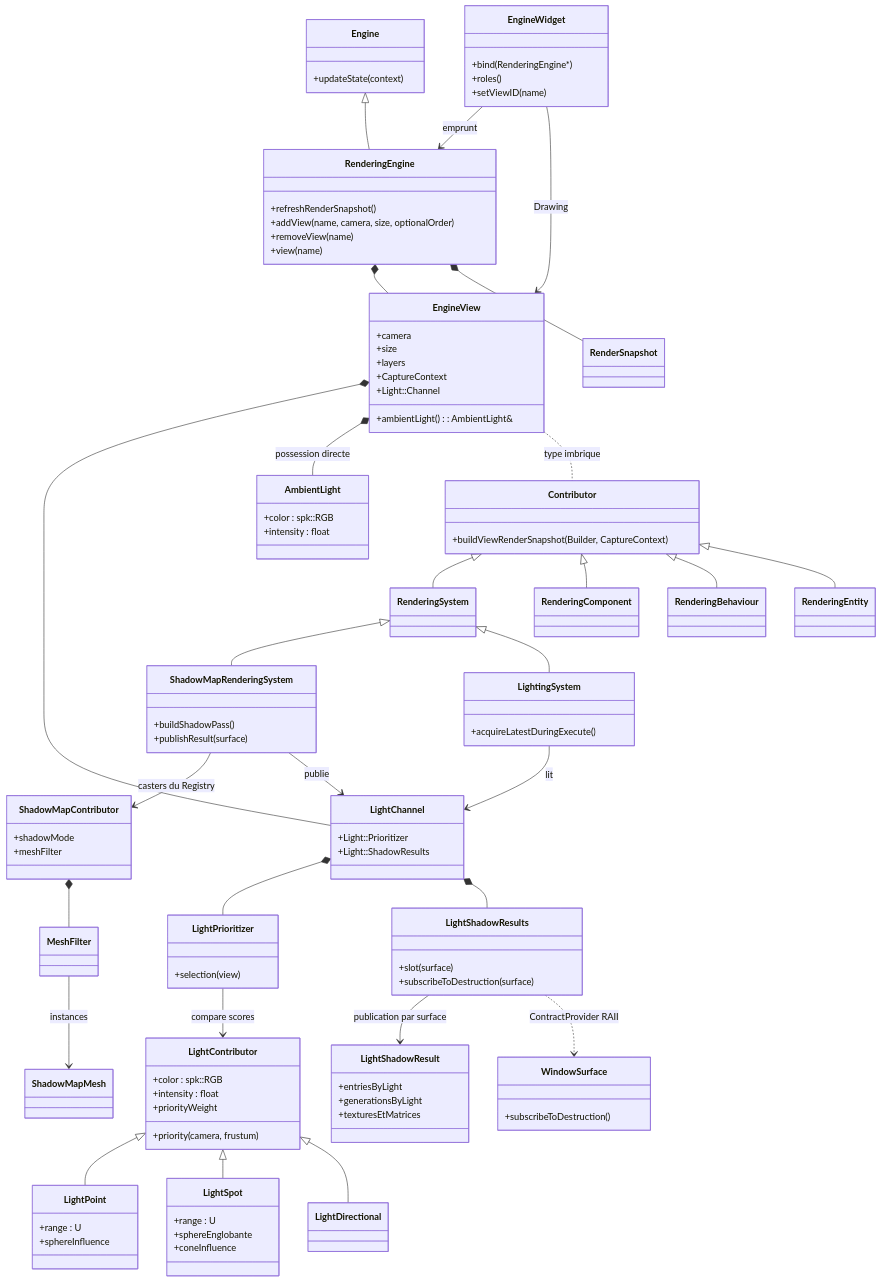
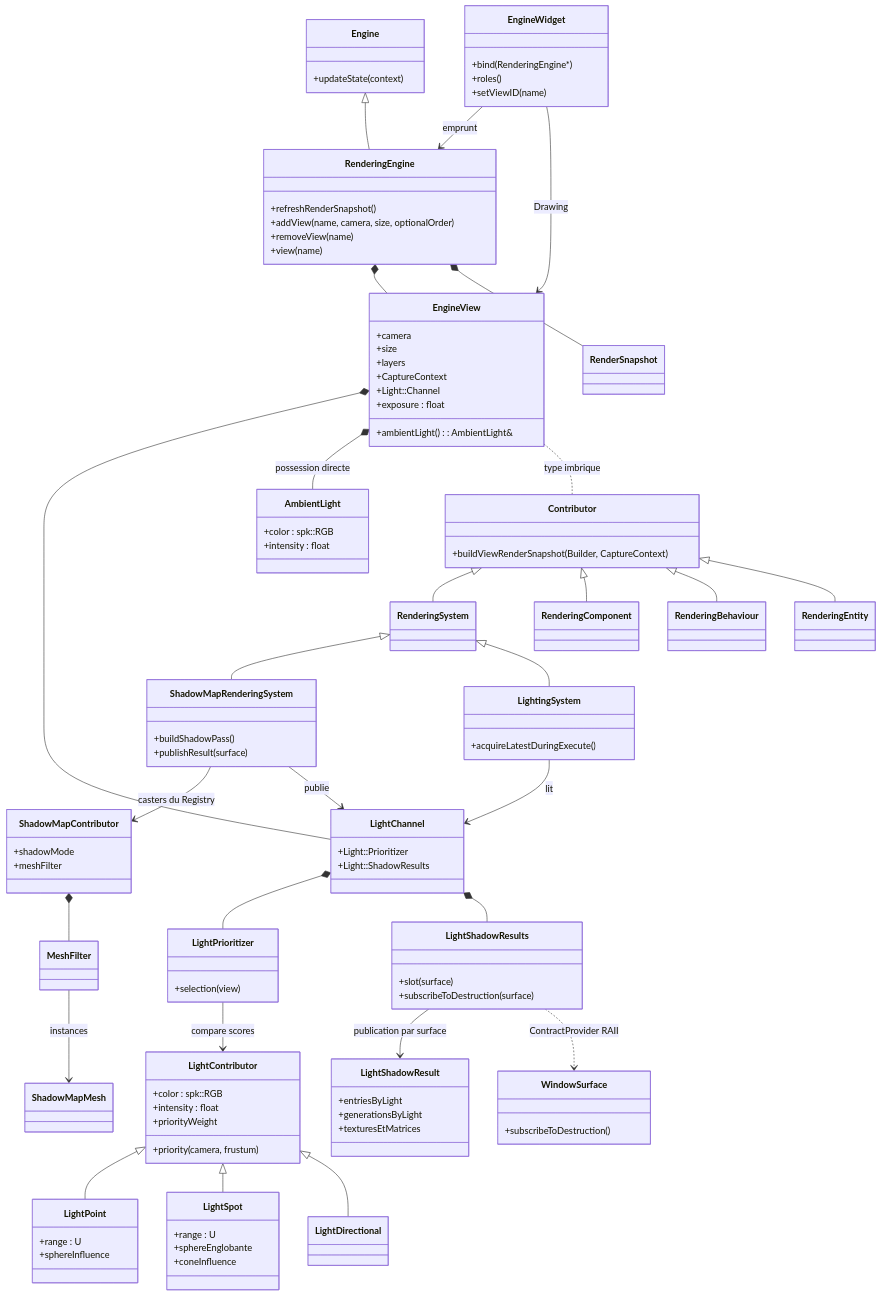
One commit to EreliaStudio/Sparkle changed the first of 9 diagrams in docs/voxel-engine-v0.1.4/07-vues-et-passes.md. Above: the diagram before and after it, drawn with Mermaid. The commit also changed other lines of this file, not shown here.

Commit message:
docs(v0.1.4): capture per-view exposure and tone-map HDR after WBOIT composition

```diff
--- a/docs/voxel-engine-v0.1.4/07-vues-et-passes.md
+++ b/docs/voxel-engine-v0.1.4/07-vues-et-passes.md
@@ -26,6 +26,7 @@
     +CaptureContext
     +Light::Channel
     +ambientLight() : AmbientLight&
+    +exposure : float
   }
   class AmbientLight {
     +color : spk::RGB
```
